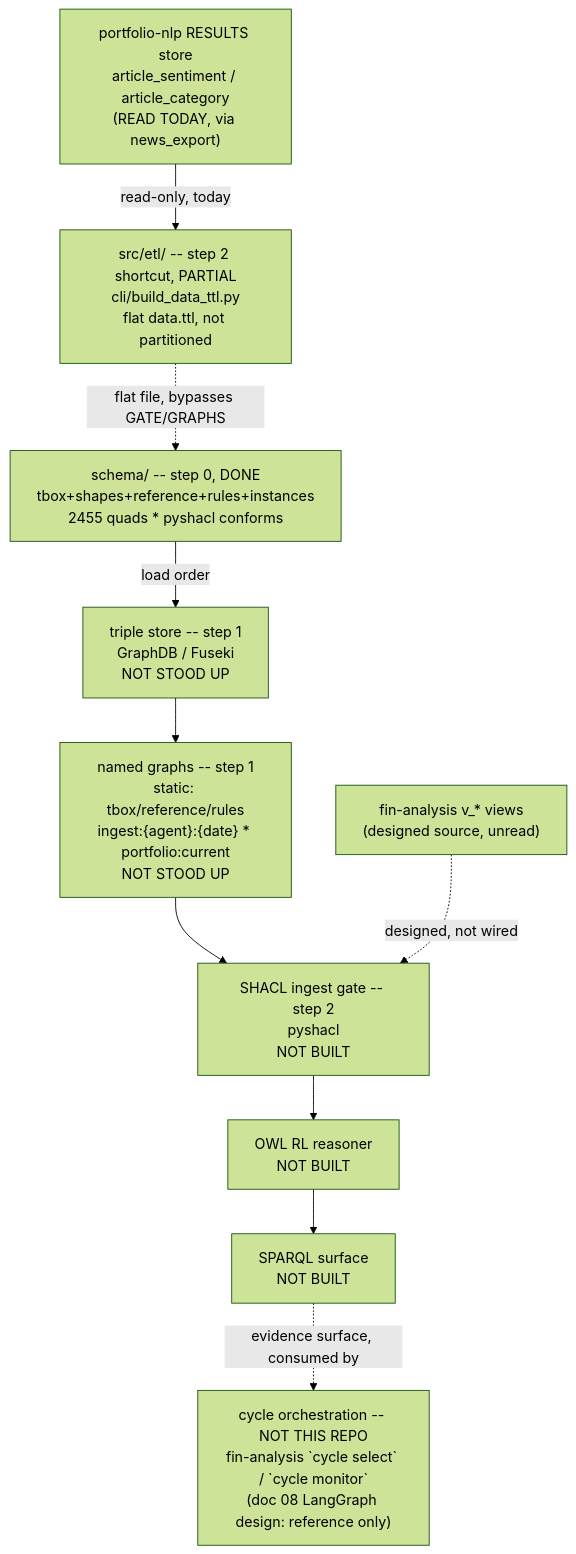
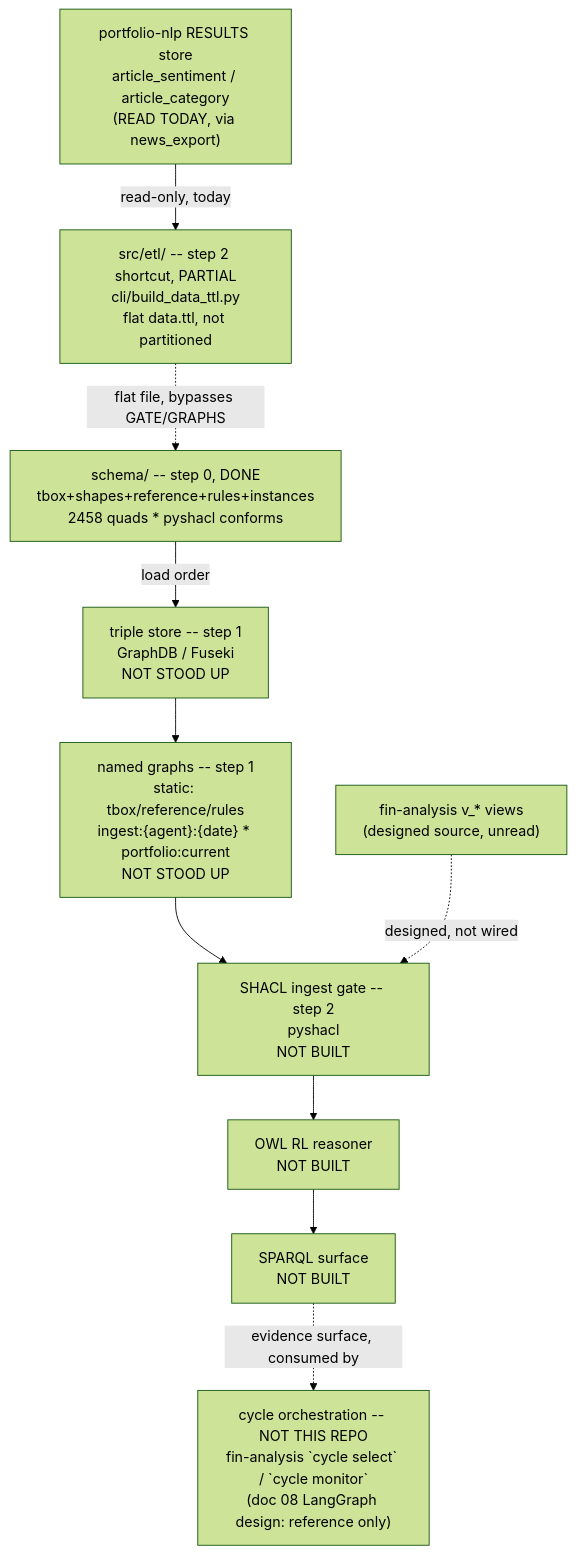
The diagram in .specify/memory/SPEC.md (gamug/portfolio-knowledge-graph), drawn with Mermaid (forest theme) before and after one commit. The commit also changed other lines of this file and 7 other files, not shown here.

First line of the commit message:
fix(schema): bound SectorRelativeMomentum rawValue to [-1, 1] (PR #50 review)

````diff
--- a/.specify/memory/SPEC.md
+++ b/.specify/memory/SPEC.md
@@ -331,20 +331,20 @@
 ```mermaid
 flowchart TB
-    SCHEMA["schema/ -- step 0, DONE<br/>tbox+shapes+reference+rules+instances<br/>2455 quads * pyshacl conforms"]
+    SCHEMA["schema/ -- step 0, DONE<br/>tbox+shapes+reference+rules+instances<br/>2458 quads * pyshacl conforms"]
     STORE["triple store -- step 1<br/>GraphDB / Fuseki<br/>NOT STOOD UP"]
     GRAPHS["named graphs -- step 1<br/>static: tbox/reference/rules<br/>ingest:{agent}:{date} * portfolio:current<br/>NOT STOOD UP"]
     GATE["SHACL ingest gate -- step 2<br/>pyshacl<br/>NOT BUILT"]
     FIN["fin-analysis v_* views<br/>(designed source, unread)"]
     NLPRES["portfolio-nlp RESULTS store<br/>article_sentiment / article_category<br/>(READ TODAY, via news_export)"]
     ETL["src/etl/ -- step 2 shortcut, PARTIAL<br/>cli/build_data_ttl.py<br/>flat data.ttl, not partitioned"]
     REASON["OWL RL reasoner<br/>NOT BUILT"]
     SPARQL["SPARQL surface<br/>NOT BUILT"]
     AGENTS["cycle orchestration -- NOT THIS REPO<br/>fin-analysis `cycle select` / `cycle monitor`<br/>(doc 08 LangGraph design: reference only)"]
 
     SCHEMA -->|load order| STORE --> GRAPHS --> GATE
     FIN -.->|designed, not wired| GATE
     NLPRES -->|read-only, today| ETL
     ETL -.->|flat file, bypasses GATE/GRAPHS| SCHEMA
     GATE --> REASON --> SPARQL
     SPARQL -.->|evidence surface, consumed by| AGENTS
 ```
````
